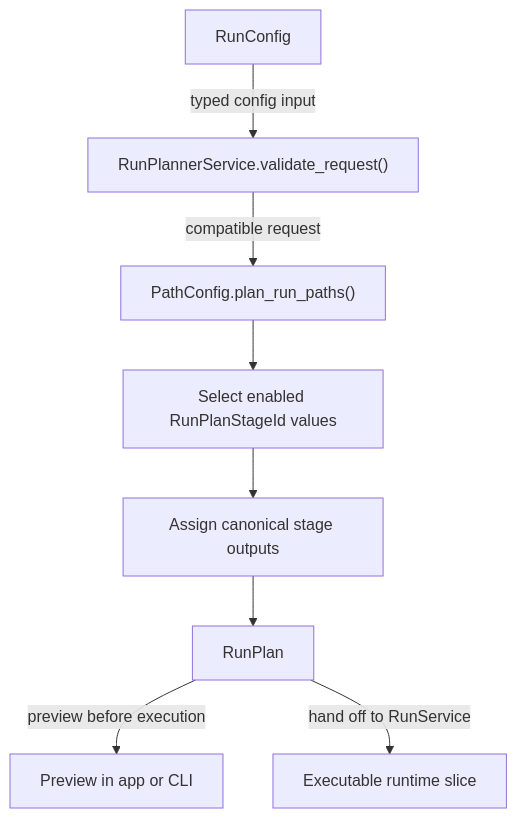
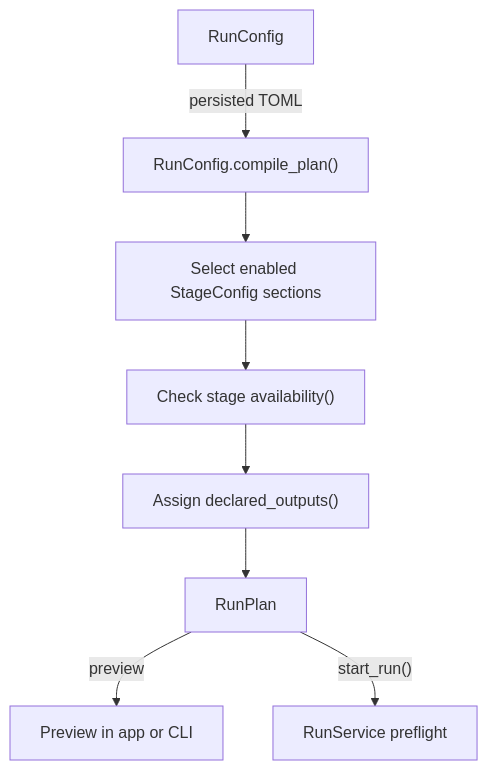
The diagram in docs/figures/mermaid/mermaid_pipeline_planning_phase.mmd (JanDuchscherer104/prml-vslam), drawn with Mermaid before and after one commit. The commit also changed 25 other files, not shown here.

```diff
--- a/docs/figures/mermaid/mermaid_pipeline_planning_phase.mmd
+++ b/docs/figures/mermaid/mermaid_pipeline_planning_phase.mmd
@@ -1,17 +1,17 @@
 flowchart TD
-    request["RunConfig"]
-    validate["RunPlannerService.validate_request()"]
-    paths["PathConfig.plan_run_paths()"]
-    stages["Select enabled RunPlanStageId values"]
-    outputs["Assign canonical stage outputs"]
+    config["RunConfig"]
+    compile["RunConfig.compile_plan()"]
+    stages["Select enabled StageConfig sections"]
+    availability["Check stage availability()"]
+    outputs["Assign declared_outputs()"]
     plan["RunPlan"]
     preview["Preview in app or CLI"]
-    runtime["Executable runtime slice"]
+    runtime["RunService preflight"]
 
-    request -->|"typed config input"| validate
-    validate -->|"compatible request"| paths
-    paths --> stages
-    stages --> outputs
+    config -->|"persisted TOML"| compile
+    compile --> stages
+    stages --> availability
+    availability --> outputs
     outputs --> plan
-    plan -->|"preview before execution"| preview
-    plan -->|"hand off to RunService"| runtime
+    plan -->|"preview"| preview
+    plan -->|"start_run()"| runtime
```
